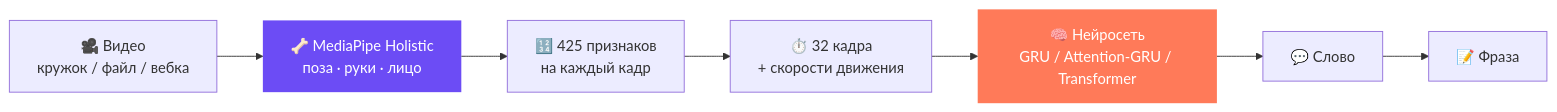
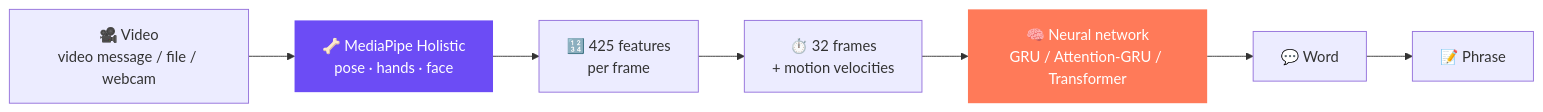
One commit to CONt12006/rsl-translator changed the diagram in README.md. Above: the diagram before and after it, drawn with Mermaid. The commit also changed other lines of this file and 1 other file, not shown here.

````diff
--- a/README.md
+++ b/README.md
@@ -49,12 +54,12 @@
 ```mermaid
 flowchart LR
-    A[🎥 Видео<br/>кружок / файл / вебка] --> B[🦴 MediaPipe Holistic<br/>поза · руки · лицо]
-    B --> C[🔢 425 признаков<br/>на каждый кадр]
-    C --> D[⏱️ 32 кадра<br/>+ скорости движения]
-    D --> E[🧠 Нейросеть<br/>GRU / Attention-GRU / Transformer]
-    E --> F[💬 Слово]
-    F --> G[📝 Фраза]
+    A[🎥 Video<br/>video message / file / webcam] --> B[🦴 MediaPipe Holistic<br/>pose · hands · face]
+    B --> C[🔢 425 features<br/>per frame]
+    C --> D[⏱️ 32 frames<br/>+ motion velocities]
+    D --> E[🧠 Neural network<br/>GRU / Attention-GRU / Transformer]
+    E --> F[💬 Word]
+    F --> G[📝 Phrase]
 
     style B fill:#6c4cf5,color:#fff,stroke:none
     style E fill:#ff7a59,color:#fff,stroke:none
 ```
````
